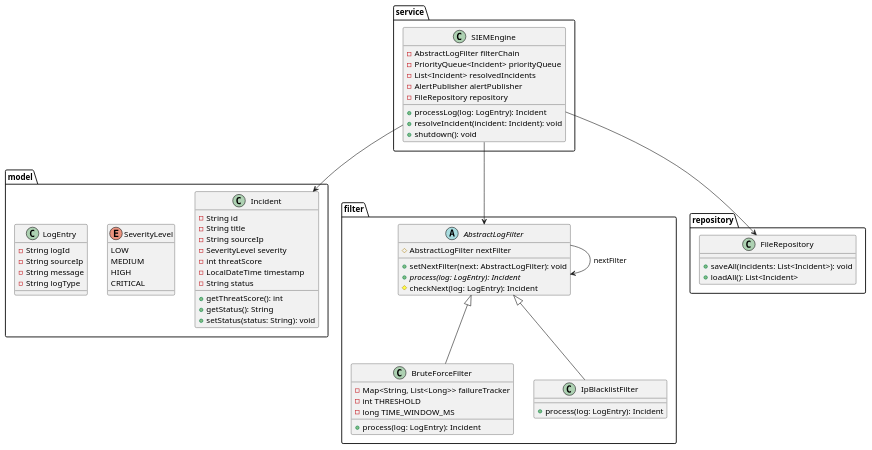
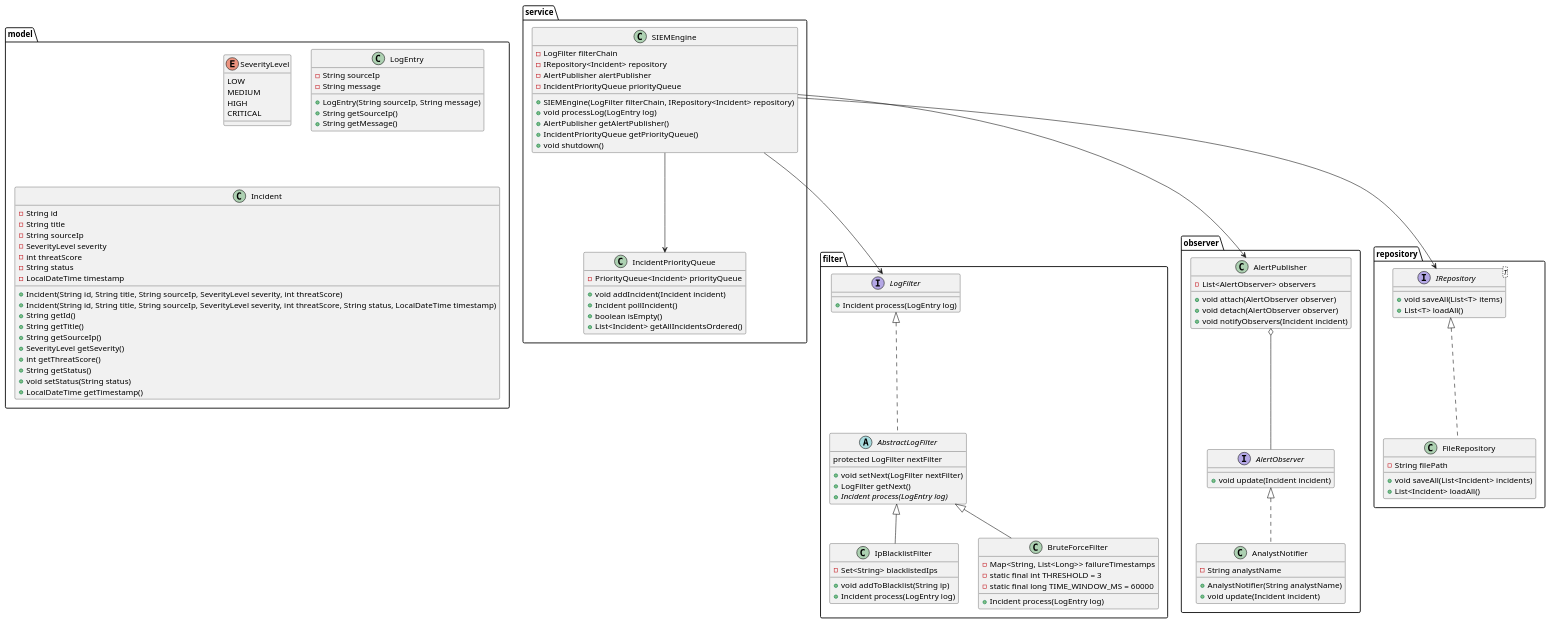
The diagram in src/UML_Diagram.puml (nilsuguven/CyberSecuritySIEM), drawn with PlantUML before and after one commit. The commit also changed 19 other files, not shown here.

Commit message:
Fix: Timestamp persistence, DIP architecture, Sliding Window Brute Force and Observer tests

```diff
--- a/src/UML_Diagram.puml
+++ b/src/UML_Diagram.puml
@@ -1,78 +1,126 @@
-@startuml
-package "model" {
-    class Incident {
-        - String id
-        - String title
-        - String sourceIp
-        - SeverityLevel severity
-        - int threatScore
-        - LocalDateTime timestamp
-        - String status
-        + getThreatScore(): int
-        + getStatus(): String
-        + setStatus(status: String): void
-    }
+@startuml Cybersecurity SIEM System
 
+package model {
     enum SeverityLevel {
         LOW
         MEDIUM
         HIGH
         CRITICAL
     }
 
     class LogEntry {
-        - String logId
         - String sourceIp
         - String message
-        - String logType
+        + LogEntry(String sourceIp, String message)
+        + String getSourceIp()
+        + String getMessage()
+    }
+
+    class Incident {
+        - String id
+        - String title
+        - String sourceIp
+        - SeverityLevel severity
+        - int threatScore
+        - String status
+        - LocalDateTime timestamp
+        + Incident(String id, String title, String sourceIp, SeverityLevel severity, int threatScore)
+        + Incident(String id, String title, String sourceIp, SeverityLevel severity, int threatScore, String status, LocalDateTime timestamp)
+        + String getId()
+        + String getTitle()
+        + String getSourceIp()
+        + SeverityLevel getSeverity()
+        + int getThreatScore()
+        + String getStatus()
+        + void setStatus(String status)
+        + LocalDateTime getTimestamp()
     }
 }
 
-package "filter" {
-    abstract class AbstractLogFilter {
-        # AbstractLogFilter nextFilter
-        + setNextFilter(next: AbstractLogFilter): void
-        + {abstract} process(log: LogEntry): Incident
-        # checkNext(log: LogEntry): Incident
+package filter {
+    interface LogFilter {
+        + Incident process(LogEntry log)
     }
 
-    class BruteForceFilter {
-        - Map<String, List<Long>> failureTracker
-        - int THRESHOLD
-        - long TIME_WINDOW_MS
-        + process(log: LogEntry): Incident
+    abstract class AbstractLogFilter implements LogFilter {
+        protected LogFilter nextFilter
+        + void setNext(LogFilter nextFilter)
+        + LogFilter getNext()
+        + {abstract} Incident process(LogEntry log)
     }
 
-    class IpBlacklistFilter {
-        + process(log: LogEntry): Incident
+    class IpBlacklistFilter extends AbstractLogFilter {
+        - Set<String> blacklistedIps
+        + void addToBlacklist(String ip)
+        + Incident process(LogEntry log)
     }
 
-    AbstractLogFilter <|-- BruteForceFilter
-    AbstractLogFilter <|-- IpBlacklistFilter
-    AbstractLogFilter --> AbstractLogFilter : nextFilter
-}
-
-package "service" {
-    class SIEMEngine {
-        - AbstractLogFilter filterChain
-        - PriorityQueue<Incident> priorityQueue
-        - List<Incident> resolvedIncidents
-        - AlertPublisher alertPublisher
-        - FileRepository repository
-        + processLog(log: LogEntry): Incident
-        + resolveIncident(incident: Incident): void
-        + shutdown(): void
+    class BruteForceFilter extends AbstractLogFilter {
+        - Map<String, List<Long>> failureTimestamps
+        - static final int THRESHOLD = 3
+        - static final long TIME_WINDOW_MS = 60000
+        + Incident process(LogEntry log)
     }
 }
 
-package "repository" {
-    class FileRepository {
-        + saveAll(incidents: List<Incident>): void
-        + loadAll(): List<Incident>
+package observer {
+    interface AlertObserver {
+        + void update(Incident incident)
+    }
+
+    class AlertPublisher {
+        - List<AlertObserver> observers
+        + void attach(AlertObserver observer)
+        + void detach(AlertObserver observer)
+        + void notifyObservers(Incident incident)
+    }
+
+    class AnalystNotifier implements AlertObserver {
+        - String analystName
+        + AnalystNotifier(String analystName)
+        + void update(Incident incident)
     }
 }
 
-SIEMEngine --> AbstractLogFilter
-SIEMEngine --> FileRepository
-SIEMEngine --> Incident
+package repository {
+    interface IRepository<T> {
+        + void saveAll(List<T> items)
+        + List<T> loadAll()
+    }
+
+    class FileRepository implements IRepository {
+        - String filePath
+        + void saveAll(List<Incident> incidents)
+        + List<Incident> loadAll()
+    }
+}
+
+package service {
+    class IncidentPriorityQueue {
+        - PriorityQueue<Incident> priorityQueue
+        + void addIncident(Incident incident)
+        + Incident pollIncident()
+        + boolean isEmpty()
+        + List<Incident> getAllIncidentsOrdered()
+    }
+
+    class SIEMEngine {
+        - LogFilter filterChain
+        - IRepository<Incident> repository
+        - AlertPublisher alertPublisher
+        - IncidentPriorityQueue priorityQueue
+        + SIEMEngine(LogFilter filterChain, IRepository<Incident> repository)
+        + void processLog(LogEntry log)
+        + AlertPublisher getAlertPublisher()
+        + IncidentPriorityQueue getPriorityQueue()
+        + void shutdown()
+    }
+}
+
+SIEMEngine --> LogFilter
+SIEMEngine --> IRepository
+SIEMEngine --> AlertPublisher
+SIEMEngine --> IncidentPriorityQueue
+AlertPublisher o-- AlertObserver
+
 @enduml
```
